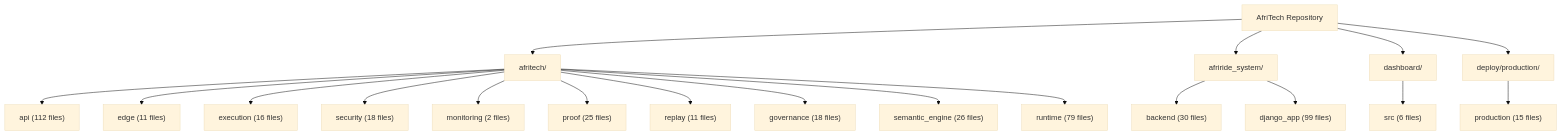
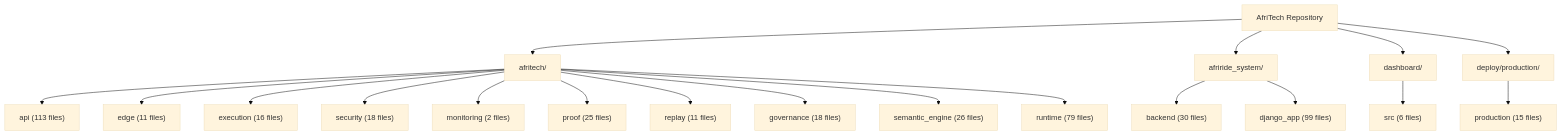
The second of 2 diagrams in docs/architecture/AFRITECH_FULL_ARCHITECTURE_GRAPH.md (Strelly2023/afritelematics), drawn with Mermaid (base theme) before and after one commit. The commit also changed other lines of this file and 25 other files, not shown here.

````diff
--- a/docs/architecture/AFRITECH_FULL_ARCHITECTURE_GRAPH.md
+++ b/docs/architecture/AFRITECH_FULL_ARCHITECTURE_GRAPH.md
@@ -64,23 +64,23 @@
 ```mermaid
 flowchart TD
     Root["AfriTech Repository"] --> Core["afritech/"]
     Root --> Ride["afriride_system/"]
     Root --> Ui["dashboard/"]
     Root --> Deploy["deploy/production/"]
 
-    Core --> Api["api (112 files)"]
+    Core --> Api["api (113 files)"]
     Core --> Edge["edge (11 files)"]
     Core --> Execution["execution (16 files)"]
     Core --> Security["security (18 files)"]
     Core --> Monitoring["monitoring (2 files)"]
     Core --> Proof["proof (25 files)"]
     Core --> Replay["replay (11 files)"]
     Core --> Governance["governance (18 files)"]
     Core --> Semantic["semantic_engine (26 files)"]
     Core --> Runtime["runtime (79 files)"]
 
     Ride --> Backend["backend (30 files)"]
     Ride --> Django["django_app (99 files)"]
     Ui --> Dashboard["src (6 files)"]
     Deploy --> Production["production (15 files)"]
 ```
````
